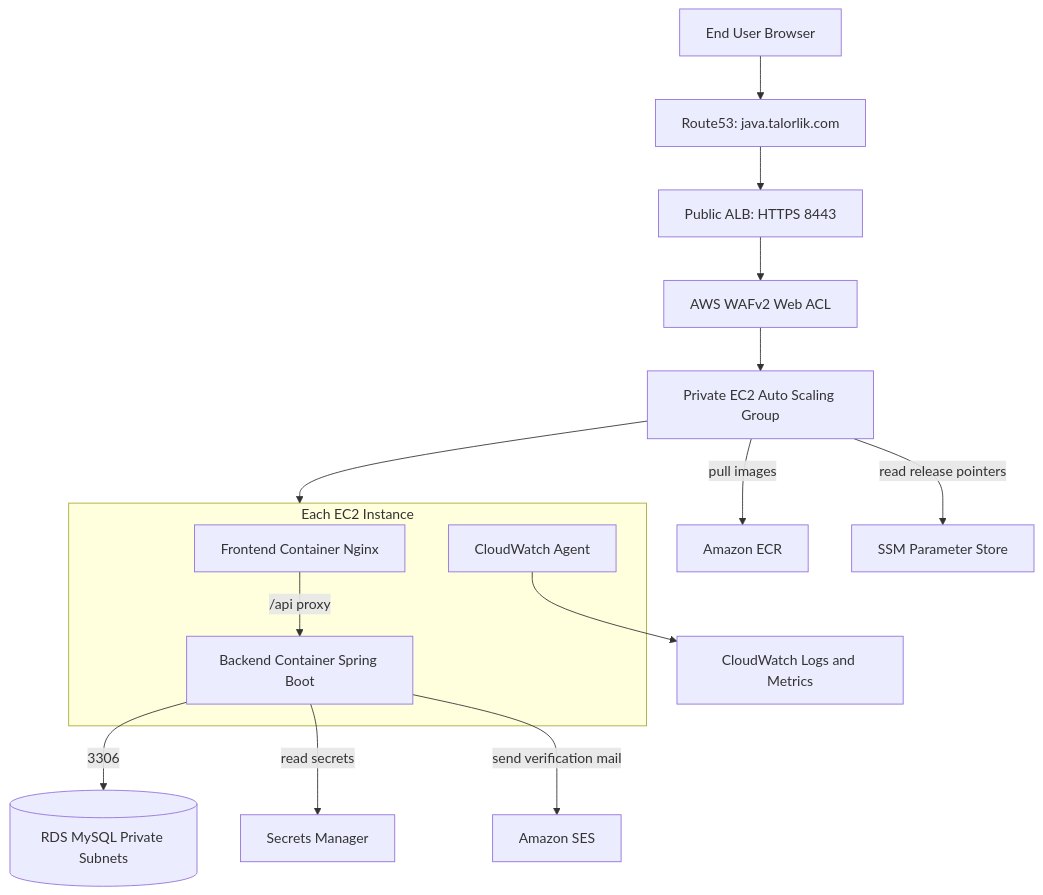
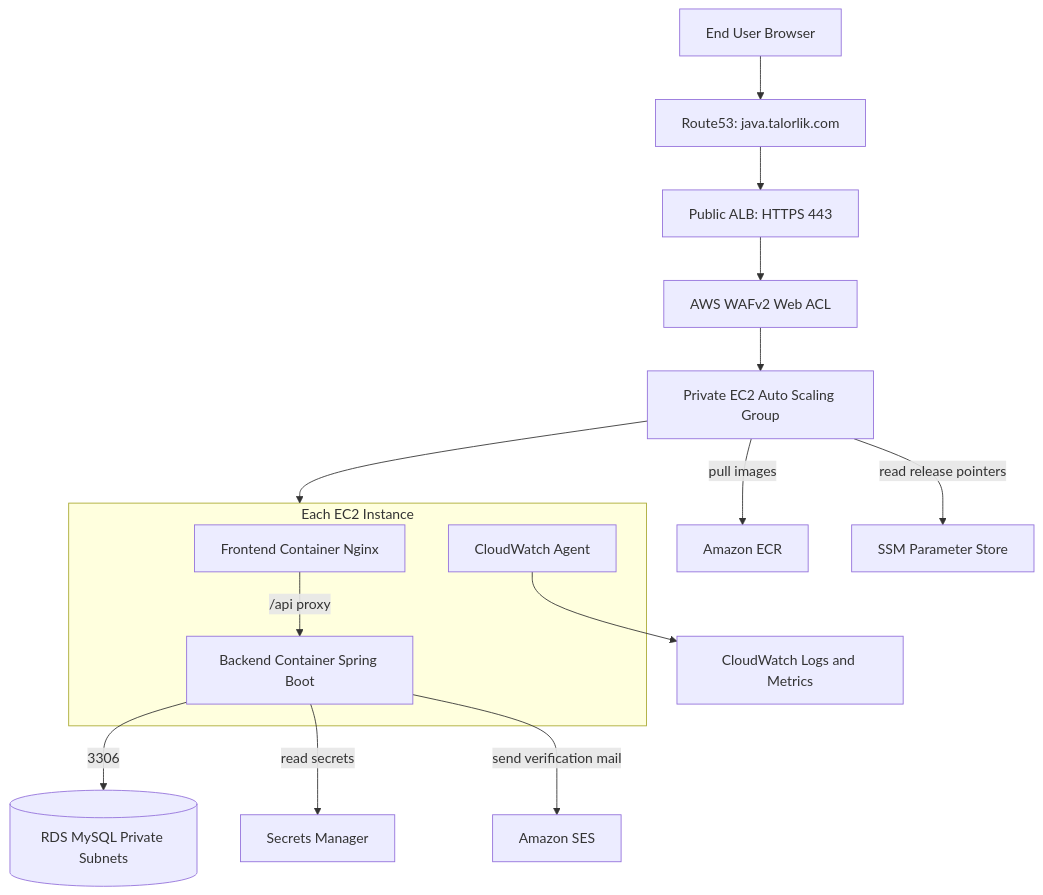
One commit to talorlik/dockerized-java-app-on-ec2 changed the first of 3 diagrams in docs/auxiliary/architecture/ARCHITECTURE.md. Above: the diagram before and after it, drawn with Mermaid. The commit also changed other lines of this file and 21 other files, not shown here.

````diff
--- a/docs/auxiliary/architecture/ARCHITECTURE.md
+++ b/docs/auxiliary/architecture/ARCHITECTURE.md
@@ -44,22 +44,22 @@
 ```mermaid
 flowchart TD
   user[End User Browser] --> dns[Route53: java.talorlik.com]
-  dns --> alb[Public ALB: HTTPS 8443]
+  dns --> alb[Public ALB: HTTPS 443]
   alb --> waf[AWS WAFv2 Web ACL]
   waf --> asg[Private EC2 Auto Scaling Group]
 
   subgraph ec2[Each EC2 Instance]
     fe[Frontend Container Nginx]
     be[Backend Container Spring Boot]
     cwa[CloudWatch Agent]
     fe -->|/api proxy| be
   end
 
   asg --> ec2
   be -->|3306| rds[(RDS MySQL Private Subnets)]
   be -->|read secrets| sm[Secrets Manager]
   be -->|send verification mail| ses[Amazon SES]
   asg -->|pull images| ecr[Amazon ECR]
   asg -->|read release pointers| ssm[SSM Parameter Store]
   cwa --> cw[CloudWatch Logs and Metrics]
 ```
````
